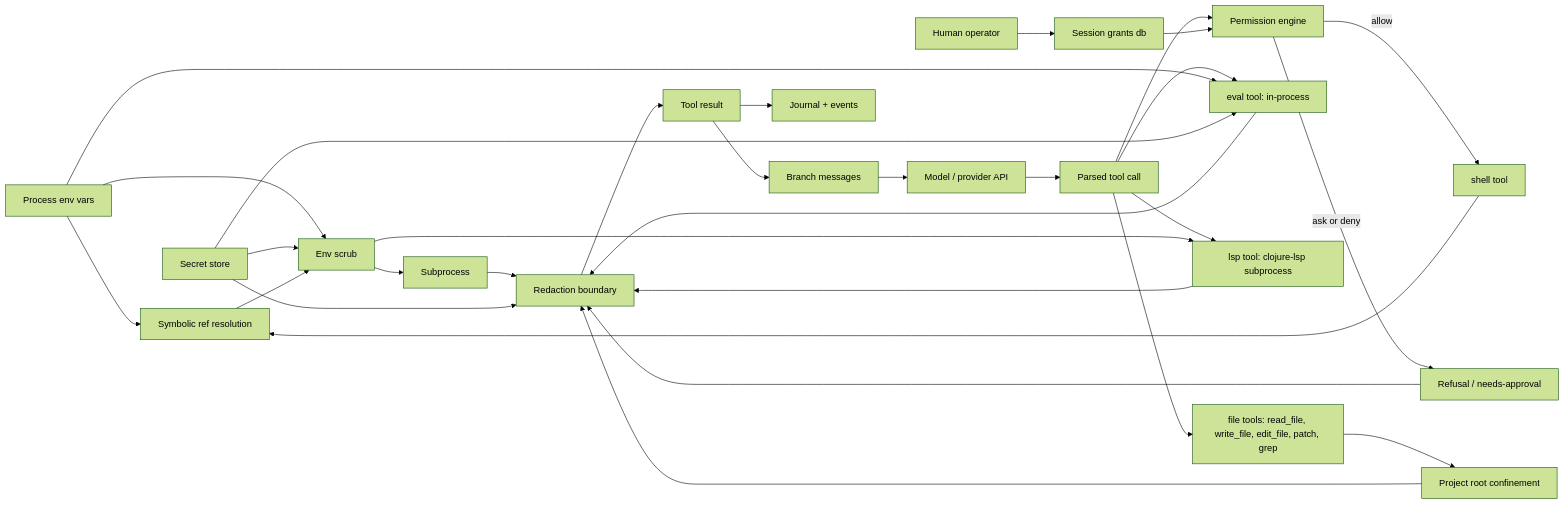
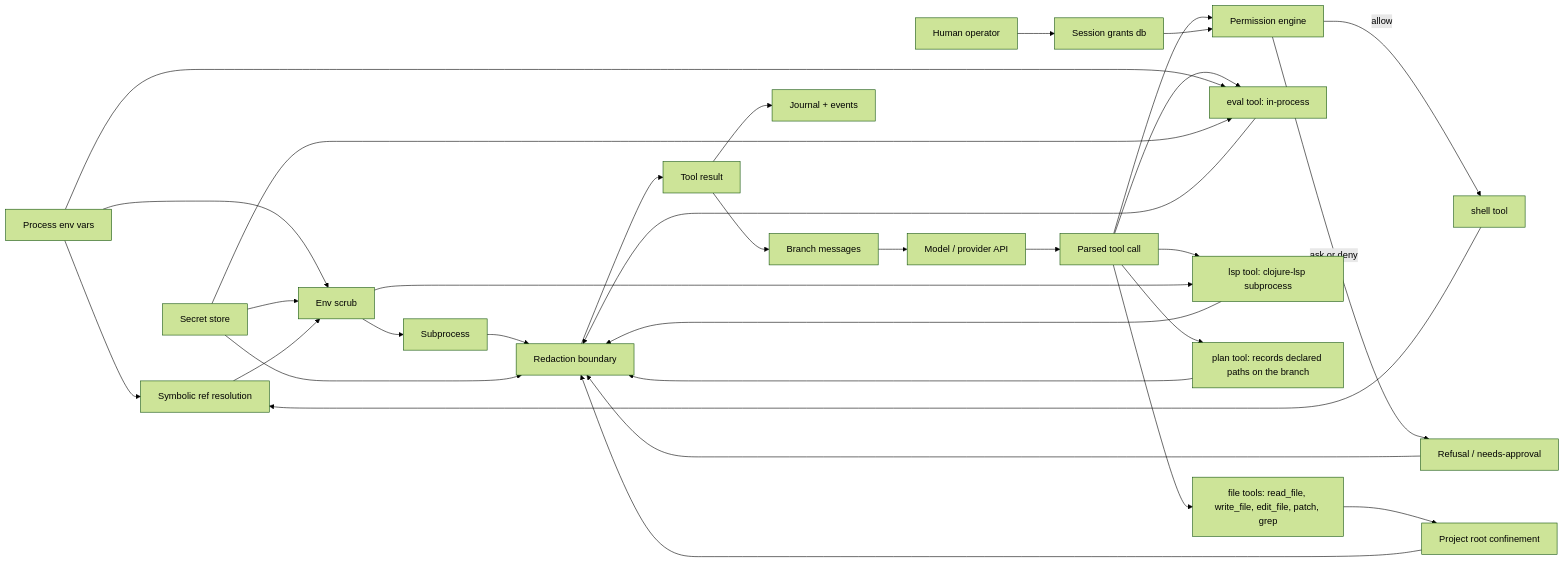
The diagram in docs/RFCS/RFC-003-security-model.md (casselc/samizdat), drawn with Mermaid (forest theme) before and after one commit. The commit also changed 18 other files, not shown here.

````diff
--- a/docs/RFCS/RFC-003-security-model.md
+++ b/docs/RFCS/RFC-003-security-model.md
@@ -50,56 +50,60 @@
 ```mermaid
 flowchart LR
     env[Process env vars]
     secrets[Secret store]
     human[Human operator]
     model[Model / provider API]
     messages[Branch messages]
     journal[Journal + events]
     toolcall[Parsed tool call]
     perm[Permission engine]
     grants[Session grants db]
     refusal[Refusal / needs-approval]
     shell[shell tool]
     resolve[Symbolic ref resolution]
     scrub[Env scrub]
     sub[Subprocess]
     redact[Redaction boundary]
     result[Tool result]
     eval[eval tool: in-process]
 
     model --> toolcall
     toolcall --> perm
     grants --> perm
     human --> grants
     perm -->|allow| shell
     perm -->|ask or deny| refusal
     refusal --> redact
     shell --> resolve
     env --> resolve
     env --> scrub
     secrets --> scrub
     resolve --> scrub
     scrub --> sub
     sub --> redact
     secrets --> redact
     redact --> result
     result --> messages
     result --> journal
     messages --> model
 
     toolcall --> eval
     env --> eval
     secrets --> eval
     eval --> redact
 
     lsp[lsp tool: clojure-lsp subprocess]
     toolcall --> lsp
     scrub --> lsp
     lsp --> redact
 
+    plan[plan tool: records declared paths on the branch]
+    toolcall --> plan
+    plan --> redact
+
     files[file tools: read_file, write_file, edit_file, patch, grep]
     root[Project root confinement]
     toolcall --> files
     files --> root
     root --> redact
 ```
````
